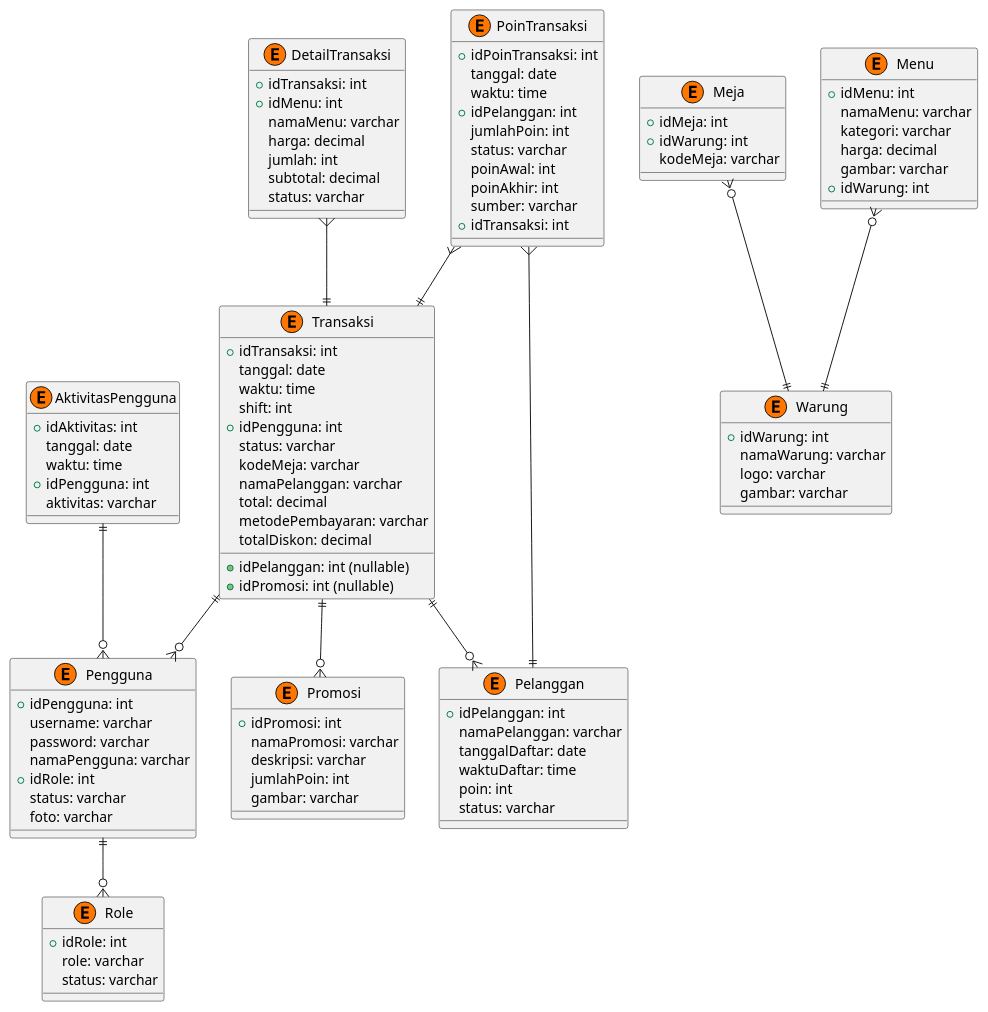
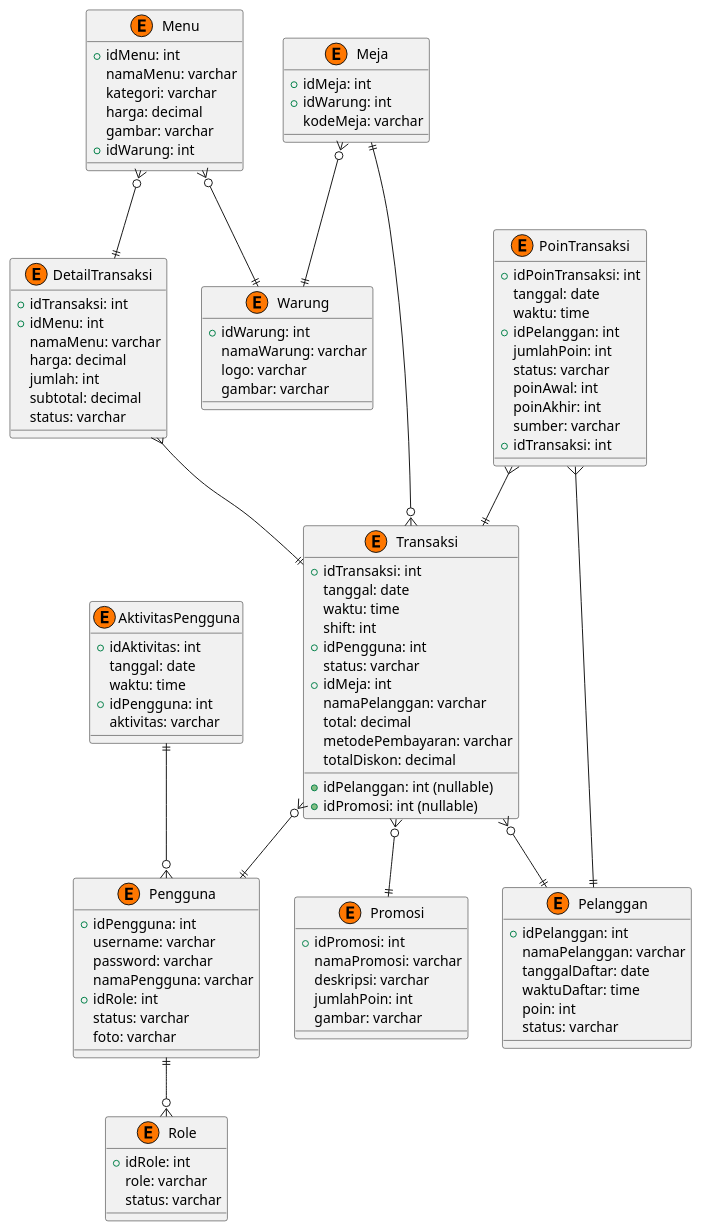
The diagram in diagrams/erd.puml (ZZIDZZ/burjo-backend), drawn with PlantUML before and after one commit.

```diff
--- a/diagrams/erd.puml
+++ b/diagrams/erd.puml
@@ -1,116 +1,120 @@
 @startuml
 
 entity Pengguna <<E, #FF7700>> {
   +idPengguna: int
   username: varchar
   password: varchar
   namaPengguna: varchar
   +idRole: int
   status: varchar
   foto: varchar
 }
 
 entity AktivitasPengguna <<E, #FF7700>> {
   +idAktivitas: int
   tanggal: date
   waktu: time
   +idPengguna: int
   aktivitas: varchar
 }
 
 entity Role <<E, #FF7700>> {
   +idRole: int
   role: varchar
   status: varchar
 }
 
 entity Warung <<E, #FF7700>> {
   +idWarung: int
   namaWarung: varchar
   logo: varchar
   gambar: varchar
 }
 
 entity Meja <<E, #FF7700>> {
   +idMeja: int
   +idWarung: int
   kodeMeja: varchar
 }
 
 entity Menu <<E, #FF7700>> {
   +idMenu: int
   namaMenu: varchar
   kategori: varchar
   harga: decimal
   gambar: varchar
   +idWarung: int
 }
 
 entity Transaksi <<E, #FF7700>> {
   +idTransaksi: int
   tanggal: date
   waktu: time
   shift: int
   +idPengguna: int
   +idPelanggan: int (nullable)
   status: varchar
-  kodeMeja: varchar
+  +idMeja: int
   namaPelanggan: varchar
   total: decimal
   metodePembayaran: varchar
   totalDiskon: decimal
   +idPromosi: int (nullable)
 }
 
 entity DetailTransaksi <<E, #FF7700>> {
   +idTransaksi: int
   +idMenu: int
   namaMenu: varchar
   harga: decimal
   jumlah: int
   subtotal: decimal
   status: varchar
 }
 
 entity Pelanggan <<E, #FF7700>> {
   +idPelanggan: int
   namaPelanggan: varchar
   tanggalDaftar: date
   waktuDaftar: time
   poin: int
   status: varchar
 }
 
 entity PoinTransaksi <<E, #FF7700>> {
   +idPoinTransaksi: int
   tanggal: date
   waktu: time
   +idPelanggan: int
   jumlahPoin: int
   status: varchar
   poinAwal: int
   poinAkhir: int
   sumber: varchar
   +idTransaksi: int
 }
 
 entity Promosi <<E, #FF7700>> {
   +idPromosi: int
   namaPromosi: varchar
   deskripsi: varchar
   jumlahPoin: int
   gambar: varchar
 }
 
 Pengguna ||--o{ Role
 AktivitasPengguna ||--o{ Pengguna
 Meja }o--|| Warung
 Menu }o--|| Warung
 DetailTransaksi }--|| Transaksi
-Transaksi ||--o{ Pengguna
-Transaksi ||--o{ Pelanggan
+Transaksi }o--|| Pengguna
+Transaksi }o--|| Pelanggan 
 PoinTransaksi }--|| Pelanggan
 PoinTransaksi }--|| Transaksi
-Transaksi ||--o{ Promosi
+Transaksi }o--|| Promosi
+' meja and transaksi
+Meja ||--o{ Transaksi
+' menu and detail transaksi
+Menu }o--|| DetailTransaksi
 
 @enduml
```
